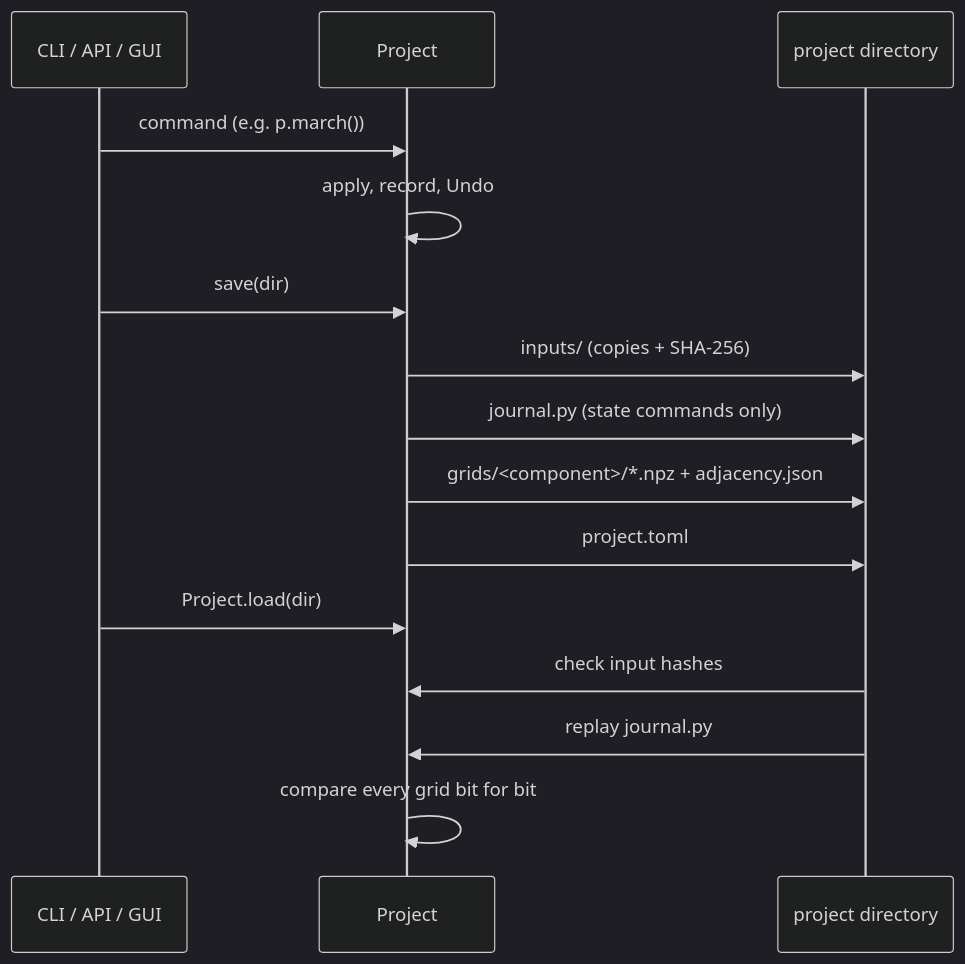
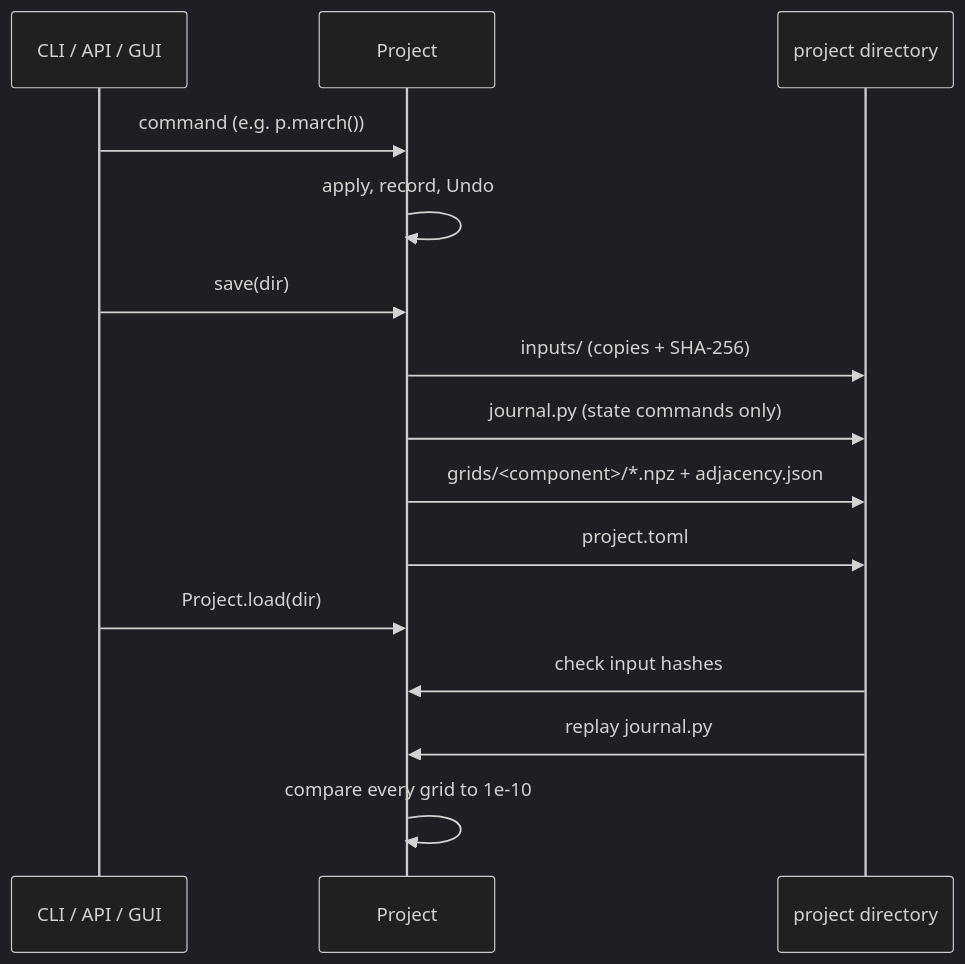
One commit to szaghi/shore changed the diagram in docs/concepts/projects.md. Above: the diagram before and after it, drawn with Mermaid (dark theme). The commit also changed other lines of this file and 11 other files, not shown here.

````diff
--- a/docs/concepts/projects.md
+++ b/docs/concepts/projects.md
@@ -128,17 +129,17 @@
 ```mermaid
 sequenceDiagram
     participant U as CLI / API / GUI
     participant P as Project
     participant D as project directory
     U->>P: command (e.g. p.march())
     P->>P: apply, record, Undo
     U->>P: save(dir)
     P->>D: inputs/ (copies + SHA-256)
     P->>D: journal.py (state commands only)
     P->>D: grids/<component>/*.npz + adjacency.json
     P->>D: project.toml
     U->>P: Project.load(dir)
     D->>P: check input hashes
     D->>P: replay journal.py
-    P->>P: compare every grid bit for bit
+    P->>P: compare every grid to 1e-10
 ```
````
